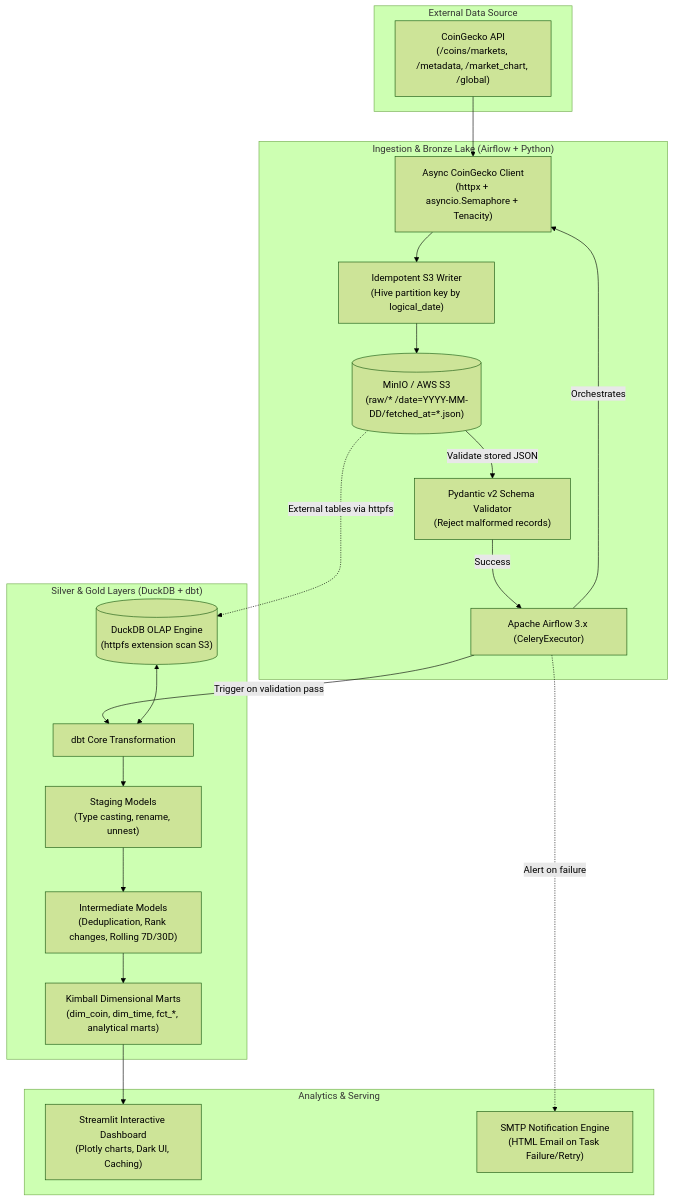
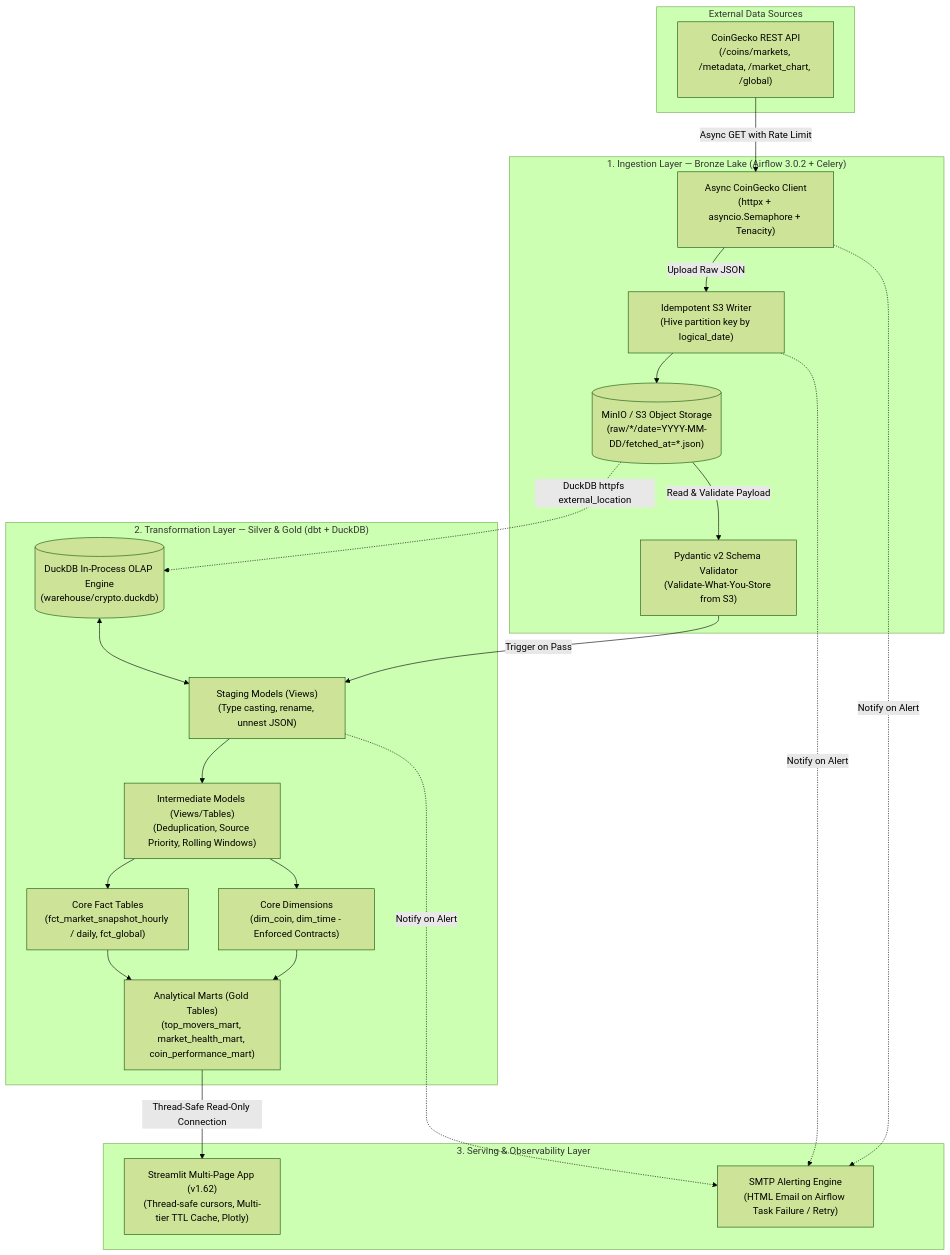
Before and after one commit to thanhtri271206/crypto-coin-pipeline: the first of 2 diagrams in README.md, drawn with Mermaid (forest theme). The commit also changed other lines of this file, not shown here.

Commit message:
docs/ overhaul readme with system architecture, kimball modeling erd, and testing matrix

````diff
--- a/README.md
+++ b/README.md
@@ -28,40 +61,40 @@
 ```mermaid
 flowchart TD
-    subgraph DataSources["External Data Source"]
-        CG["CoinGecko API\n(/coins/markets, /metadata, /market_chart, /global)"]
+    subgraph DataSources["External Data Sources"]
+        CG["CoinGecko REST API\n(/coins/markets, /metadata, /market_chart, /global)"]
     end
 
-    subgraph IngestionLayer["Ingestion & Bronze Lake (Airflow + Python)"]
-        AF["Apache Airflow 3.x (CeleryExecutor)"]
+    subgraph Bronze["1. Ingestion Layer — Bronze Lake (Airflow 3.0.2 + Celery)"]
         CLI["Async CoinGecko Client\n(httpx + asyncio.Semaphore + Tenacity)"]
-        PYD["Pydantic v2 Schema Validator\n(Reject malformed records)"]
         S3W["Idempotent S3 Writer\n(Hive partition key by logical_date)"]
-        MINIO[("MinIO / AWS S3\n(raw/* /date=YYYY-MM-DD/fetched_at=*.json)")]
+        MINIO[("MinIO / S3 Object Storage\n(raw/*/date=YYYY-MM-DD/fetched_at=*.json)")]
+        PYD["Pydantic v2 Schema Validator\n(Validate-What-You-Store from S3)"]
     end
 
-    subgraph WarehouseLayer["Silver & Gold Layers (DuckDB + dbt)"]
-        DWH[("DuckDB OLAP Engine\n(httpfs extension scan S3)")]
-        DBT["dbt Core Transformation"]
-        STG["Staging Models\n(Type casting, rename, unnest)"]
-        INT["Intermediate Models\n(Deduplication, Rank changes, Rolling 7D/30D)"]
-        MART["Kimball Dimensional Marts\n(dim_coin, dim_time, fct_*, analytical marts)"]
+    subgraph SilverGold["2. Transformation Layer — Silver & Gold (dbt + DuckDB)"]
+        DWH[("DuckDB In-Process OLAP Engine\n(warehouse/crypto.duckdb)")]
+        STG["Staging Models (Views)\n(Type casting, rename, unnest JSON)"]
+        INT["Intermediate Models (Views/Tables)\n(Deduplication, Source Priority, Rolling Windows)"]
+        DIM["Core Dimensions\n(dim_coin, dim_time - Enforced Contracts)"]
+        FCT["Core Fact Tables\n(fct_market_snapshot_hourly / daily, fct_global)"]
+        MARTS["Analytical Marts (Gold Tables)\n(top_movers_mart, market_health_mart, coin_performance_mart)"]
     end
 
-    subgraph ServingLayer["Analytics & Serving"]
-        DASH["Streamlit Interactive Dashboard\n(Plotly charts, Dark UI, Caching)"]
-        ALERT["SMTP Notification Engine\n(HTML Email on Task Failure/Retry)"]
+    subgraph Serving["3. Serving & Observability Layer"]
+        APP["Streamlit Multi-Page App (v1.62)\n(Thread-safe cursors, Multi-tier TTL Cache, Plotly)"]
+        ALERT["SMTP Alerting Engine\n(HTML Email on Airflow Task Failure / Retry)"]
     end
 
-    CG --> CLI
-    AF -->|Orchestrates| CLI
-    CLI --> S3W
+    CG -->|Async GET with Rate Limit| CLI
+    CLI -->|Upload Raw JSON| S3W
     S3W --> MINIO
-    MINIO -->|Validate stored JSON| PYD
-    PYD -->|Success| AF
-    AF -->|Trigger on validation pass| DBT
-    MINIO -.->|External tables via httpfs| DWH
-    DWH <--> DBT
-    DBT --> STG --> INT --> MART
-    MART --> DASH
-    AF -.->|Alert on failure| ALERT
+    MINIO -->|Read & Validate Payload| PYD
+    PYD -->|Trigger on Pass| STG
+    MINIO -.->|DuckDB httpfs external_location| DWH
+    DWH <--> STG
+    STG --> INT
+    INT --> DIM & FCT
+    DIM & FCT --> MARTS
+    MARTS -->|Thread-Safe Read-Only Connection| APP
+    CLI & S3W & STG -.->|Notify on Alert| ALERT
 ```
````
